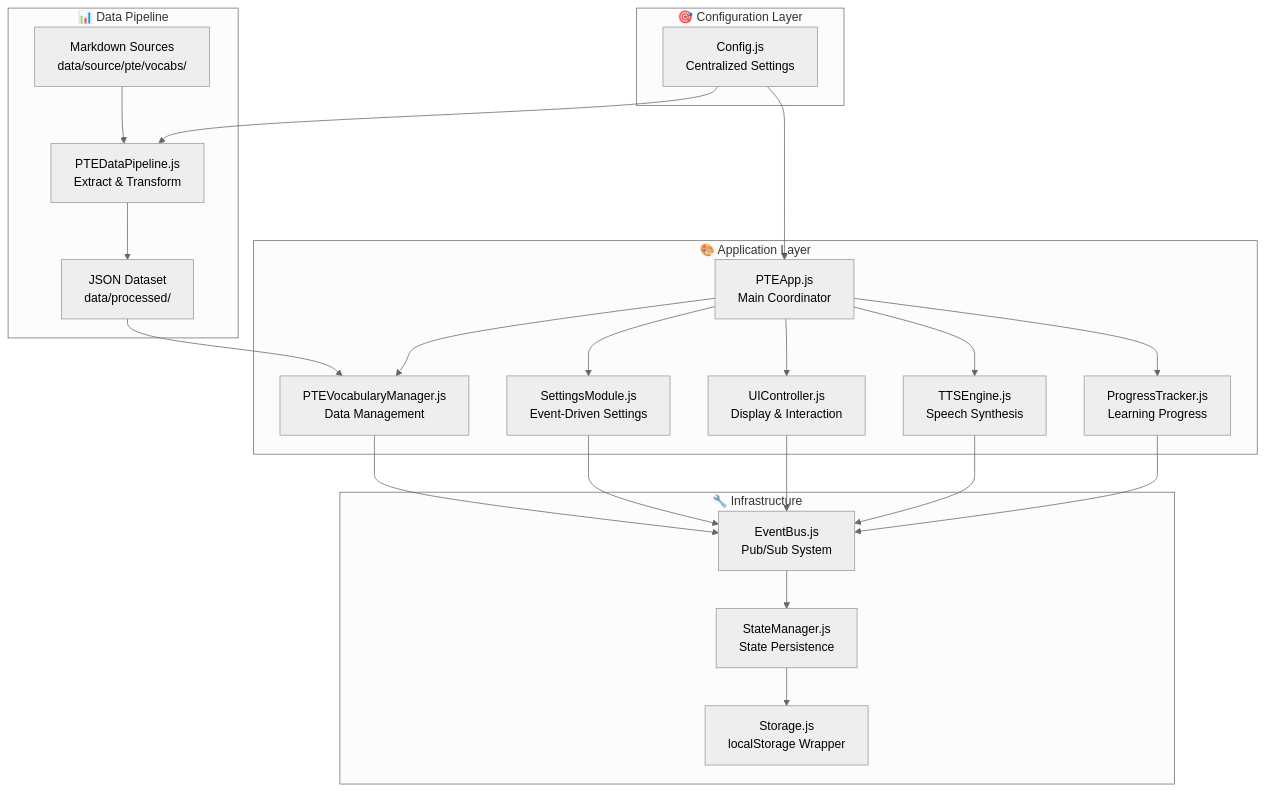
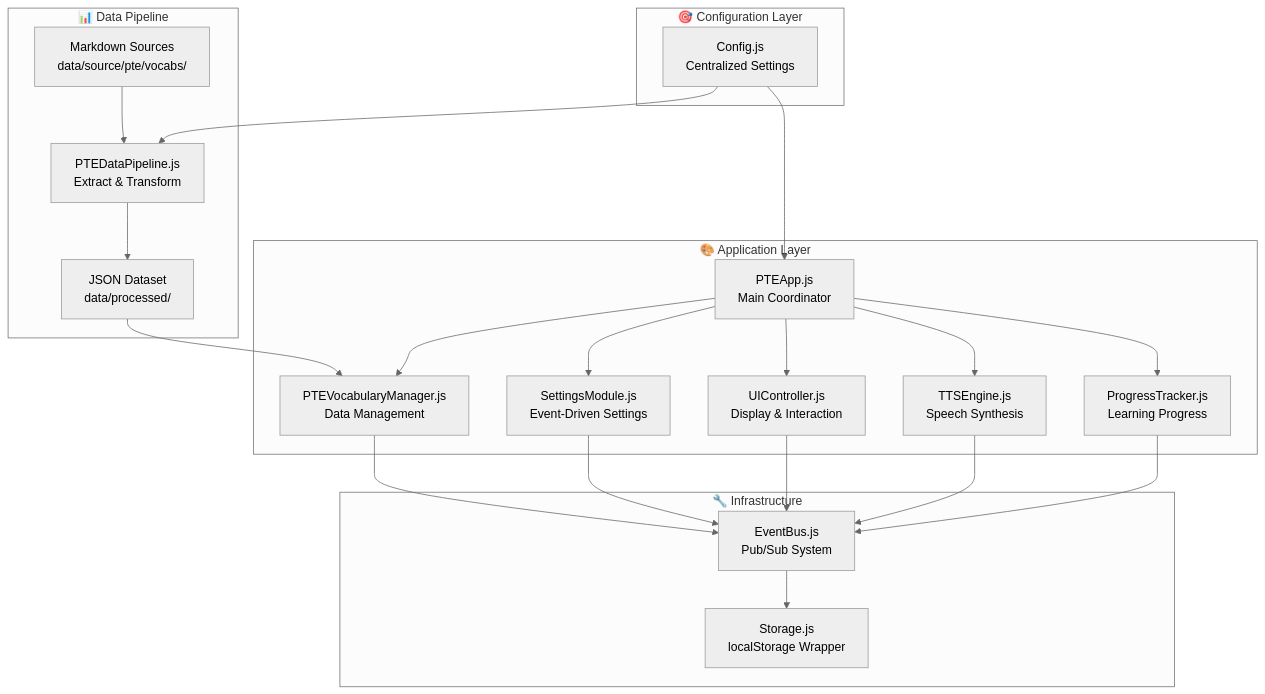
Before and after one commit to david3xu/ccl-pronunciation-trainer: the first of 4 diagrams in docs/ARCHITECTURE.md, drawn with Mermaid (neutral theme). The commit also changed other lines of this file and 12 other files, not shown here.

````diff
--- a/docs/ARCHITECTURE.md
+++ b/docs/ARCHITECTURE.md
@@ -19,48 +62,46 @@
 ```mermaid
 graph TB
     subgraph "🎯 Configuration Layer"
         CONFIG[Config.js<br/>Centralized Settings]
     end
 
     subgraph "📊 Data Pipeline"
         SOURCE[Markdown Sources<br/>data/source/pte/vocabs/]
         PIPELINE[PTEDataPipeline.js<br/>Extract & Transform]
         DATASET[JSON Dataset<br/>data/processed/]
     end
 
     subgraph "🎨 Application Layer"
         APP[PTEApp.js<br/>Main Coordinator]
         VOCAB[PTEVocabularyManager.js<br/>Data Management]
         SETTINGS[SettingsModule.js<br/>Event-Driven Settings]
         UI[UIController.js<br/>Display & Interaction]
         TTS[TTSEngine.js<br/>Speech Synthesis]
         PROGRESS[ProgressTracker.js<br/>Learning Progress]
     end
 
     subgraph "🔧 Infrastructure"
         EVENTS[EventBus.js<br/>Pub/Sub System]
-        STATE[StateManager.js<br/>State Persistence]
         STORAGE[Storage.js<br/>localStorage Wrapper]
     end
 
     CONFIG --> PIPELINE
     CONFIG --> APP
     SOURCE --> PIPELINE
     PIPELINE --> DATASET
     DATASET --> VOCAB
     
     APP --> VOCAB
     APP --> SETTINGS
     APP --> UI
     APP --> TTS
     APP --> PROGRESS
     
     VOCAB --> EVENTS
     SETTINGS --> EVENTS
     UI --> EVENTS
     TTS --> EVENTS
     PROGRESS --> EVENTS
     
-    EVENTS --> STATE
-    STATE --> STORAGE
+    EVENTS --> STORAGE
 ```
````
